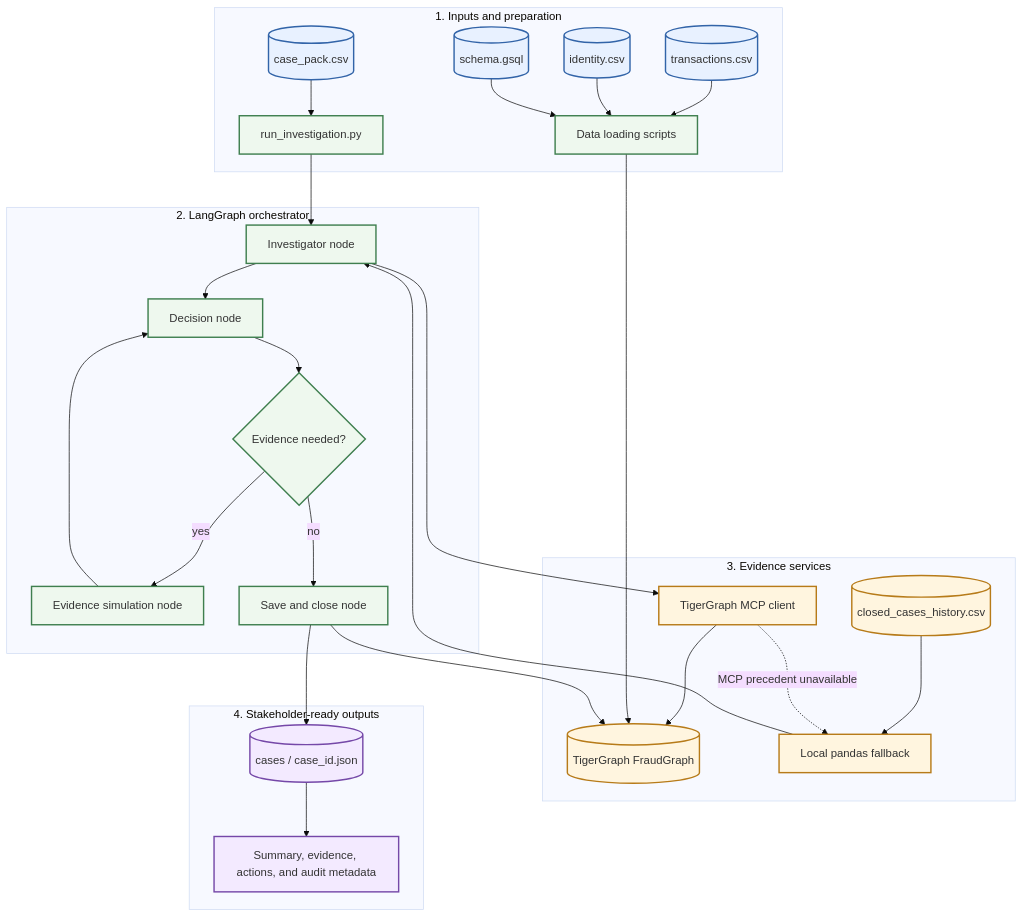
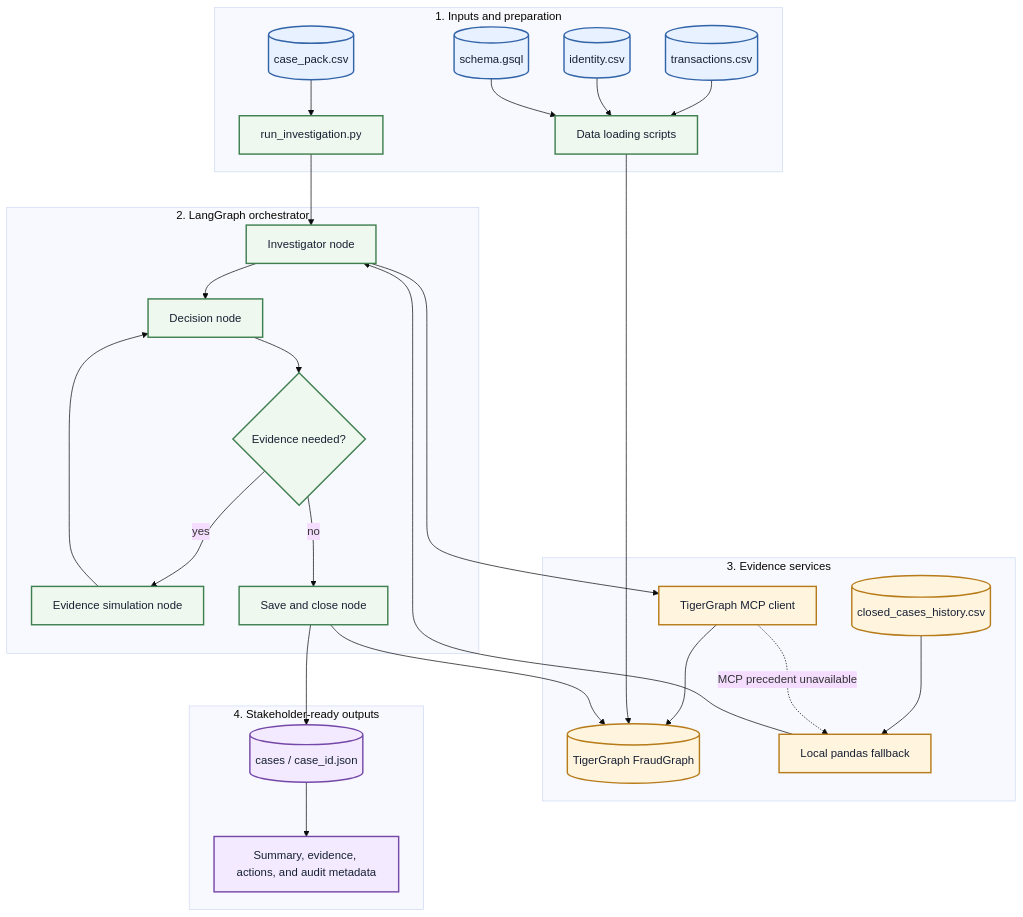
The first of 2 diagrams in README.md (OMIZOOMI/tigergraph-fraud-investigation), drawn with Mermaid (base theme) before and after one commit.

Commit message:
Docs: Improve Mermaid diagram text contrast

````diff
--- a/README.md
+++ b/README.md
@@ -62,60 +62,60 @@
 ```mermaid
 flowchart TB
     subgraph Inputs["1. Inputs and preparation"]
         casePack[(case_pack.csv)]
         transactions[(transactions.csv)]
         identity[(identity.csv)]
         schema[(schema.gsql)]
         loader[Data loading scripts]
         runner[run_investigation.py]
         transactions --> loader
         identity --> loader
         schema --> loader
         casePack --> runner
     end
 
     subgraph Orchestrator["2. LangGraph orchestrator"]
         investigator[Investigator node]
         decider[Decision node]
         evidenceLoop{Evidence needed?}
         simulate[Evidence simulation node]
         writer[Save and close node]
         investigator --> decider
         decider --> evidenceLoop
         evidenceLoop -->|yes| simulate
         simulate --> decider
         evidenceLoop -->|no| writer
     end
 
     subgraph Evidence["3. Evidence services"]
         mcp[TigerGraph MCP client]
         tigerGraph[(TigerGraph FraudGraph)]
         history[(closed_cases_history.csv)]
         fallback[Local pandas fallback]
         mcp --> tigerGraph
         history --> fallback
         mcp -. MCP precedent unavailable .-> fallback
         fallback --> investigator
     end
 
     subgraph Outputs["4. Stakeholder-ready outputs"]
         outputs[(cases / case_id.json)]
         audit[Summary, evidence, actions, and audit metadata]
         outputs --> audit
     end
 
     loader --> tigerGraph
     runner --> investigator
     investigator --> mcp
     writer --> tigerGraph
     writer --> outputs
 
-    classDef input fill:#e8f1ff,stroke:#3264a8,stroke-width:2px
-    classDef process fill:#eef8ee,stroke:#3f7f4f,stroke-width:2px
-    classDef evidence fill:#fff5df,stroke:#b77b19,stroke-width:2px
-    classDef output fill:#f3eaff,stroke:#7548a8,stroke-width:2px
+    classDef input fill:#e8f1ff,stroke:#3264a8,stroke-width:2px,color:#172033
+    classDef process fill:#eef8ee,stroke:#3f7f4f,stroke-width:2px,color:#172033
+    classDef evidence fill:#fff5df,stroke:#b77b19,stroke-width:2px,color:#172033
+    classDef output fill:#f3eaff,stroke:#7548a8,stroke-width:2px,color:#172033
     class casePack,transactions,identity,schema input
     class loader,runner,investigator,decider,evidenceLoop,simulate,writer process
     class mcp,tigerGraph,history,fallback evidence
     class outputs,audit output
 ```
````
